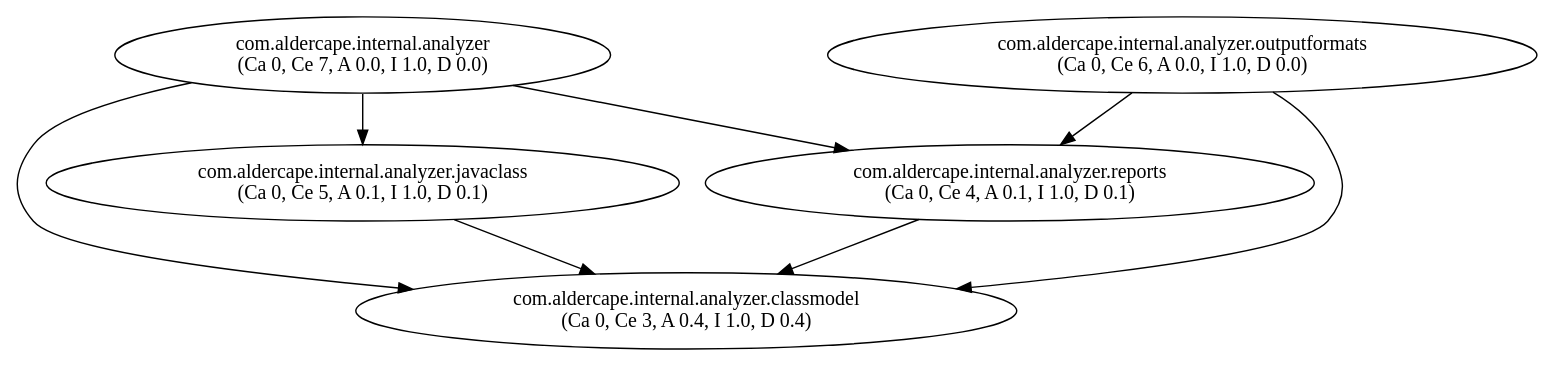
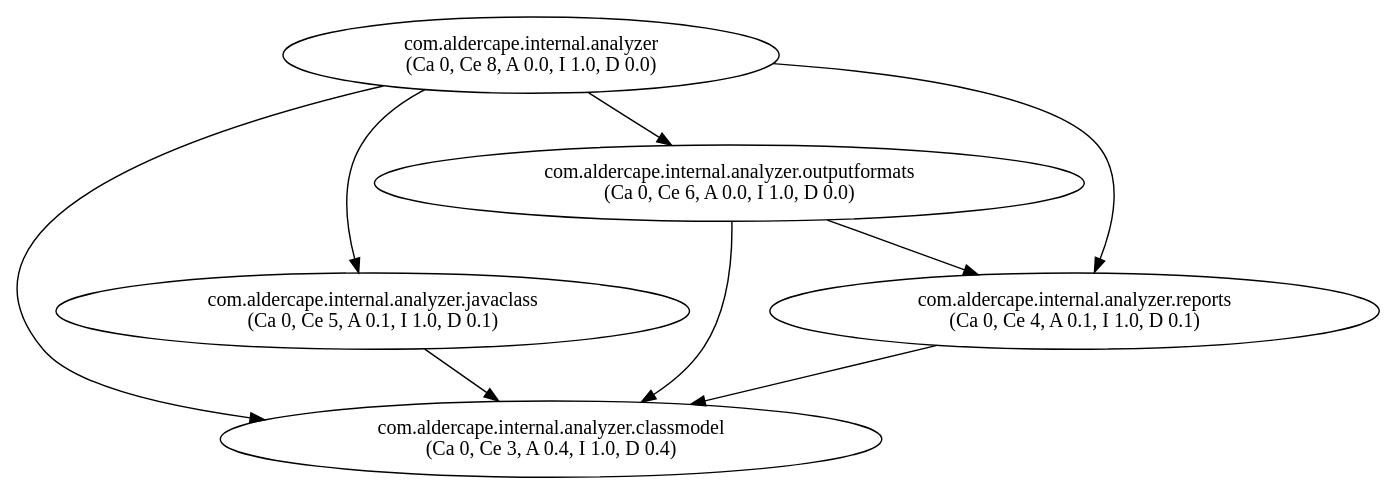
The diagram in project.dot (AlderCape/Analyzer), drawn with Graphviz before and after one commit. The commit also changed 13 other files, not shown here.

```diff
--- a/project.dot
+++ b/project.dot
@@ -1,14 +1,15 @@
 digraph G {
-"com.aldercape.internal.analyzer" [label="com.aldercape.internal.analyzer\n(Ca 0, Ce 7, A 0.0, I 1.0, D 0.0)"];
+"com.aldercape.internal.analyzer" [label="com.aldercape.internal.analyzer\n(Ca 0, Ce 8, A 0.0, I 1.0, D 0.0)"];
 "com.aldercape.internal.analyzer.classmodel" [label="com.aldercape.internal.analyzer.classmodel\n(Ca 0, Ce 3, A 0.4, I 1.0, D 0.4)"];
 "com.aldercape.internal.analyzer.javaclass" [label="com.aldercape.internal.analyzer.javaclass\n(Ca 0, Ce 5, A 0.1, I 1.0, D 0.1)"];
 "com.aldercape.internal.analyzer.outputformats" [label="com.aldercape.internal.analyzer.outputformats\n(Ca 0, Ce 6, A 0.0, I 1.0, D 0.0)"];
 "com.aldercape.internal.analyzer.reports" [label="com.aldercape.internal.analyzer.reports\n(Ca 0, Ce 4, A 0.1, I 1.0, D 0.1)"];
 "com.aldercape.internal.analyzer" -> "com.aldercape.internal.analyzer.classmodel";
 "com.aldercape.internal.analyzer" -> "com.aldercape.internal.analyzer.javaclass";
+"com.aldercape.internal.analyzer" -> "com.aldercape.internal.analyzer.outputformats";
 "com.aldercape.internal.analyzer" -> "com.aldercape.internal.analyzer.reports";
 "com.aldercape.internal.analyzer.javaclass" -> "com.aldercape.internal.analyzer.classmodel";
 "com.aldercape.internal.analyzer.outputformats" -> "com.aldercape.internal.analyzer.classmodel";
 "com.aldercape.internal.analyzer.outputformats" -> "com.aldercape.internal.analyzer.reports";
 "com.aldercape.internal.analyzer.reports" -> "com.aldercape.internal.analyzer.classmodel";
 }
```
